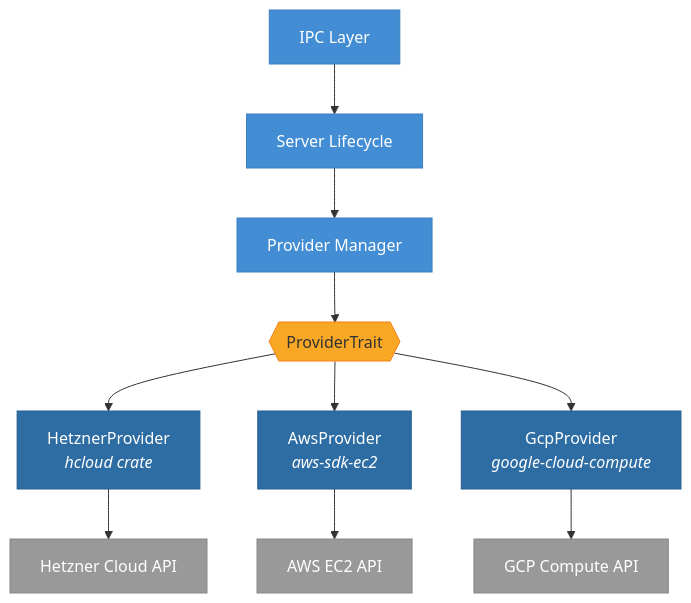
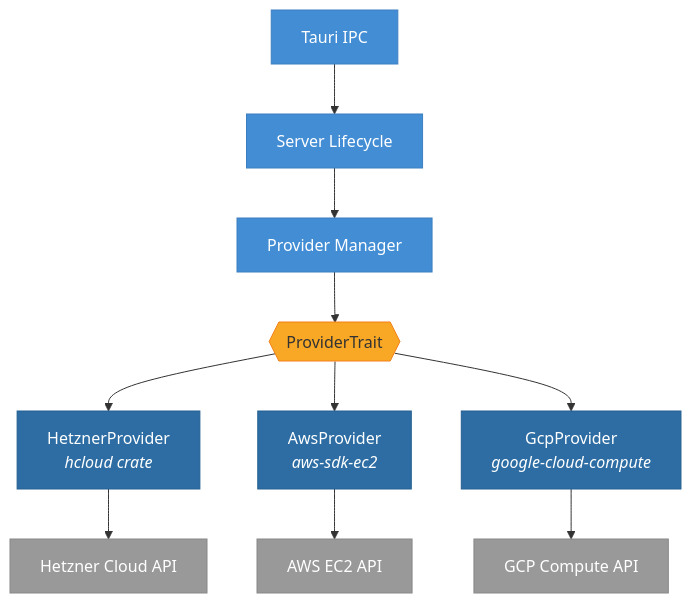
The diagram in docs/adr/0002-use-rust-sdk-for-cloud-providers.md (saemanas/oh-my-vpn), drawn with Mermaid before and after one commit. The commit also changed other lines of this file and 8 other files, not shown here.

First line of the commit message:
docs(adr): resolve OQ-4/5/6, fix cross-references, add missing diagrams

````diff
--- a/docs/adr/0002-use-rust-sdk-for-cloud-providers.md
+++ b/docs/adr/0002-use-rust-sdk-for-cloud-providers.md
@@ -47,25 +47,25 @@
 ```mermaid
 flowchart TD
-    ipc[IPC Layer] --> serverLifecycle[Server Lifecycle]
+    ipc[Tauri IPC] --> serverLifecycle[Server Lifecycle]
     serverLifecycle --> providerManager[Provider Manager]
 
     providerManager --> trait{{"ProviderTrait"}}
 
     trait --> hetzner["HetznerProvider<br/><i>hcloud crate</i>"]
     trait --> aws["AwsProvider<br/><i>aws-sdk-ec2</i>"]
     trait --> gcp["GcpProvider<br/><i>google-cloud-compute</i>"]
 
     hetzner --> hetznerApi["Hetzner Cloud API"]
     aws --> awsApi["AWS EC2 API"]
     gcp --> gcpApi["GCP Compute API"]
 
     classDef module fill:#438dd5,stroke:#3c7fc0,color:#fff
     classDef sdk fill:#2d6da3,stroke:#256091,color:#fff
     classDef external fill:#999,stroke:#888,color:#fff
     classDef trait fill:#f9a825,stroke:#f57f17,color:#333
 
     class ipc,serverLifecycle,providerManager module
     class hetzner,aws,gcp sdk
     class hetznerApi,awsApi,gcpApi external
     class trait trait
 ```
````
